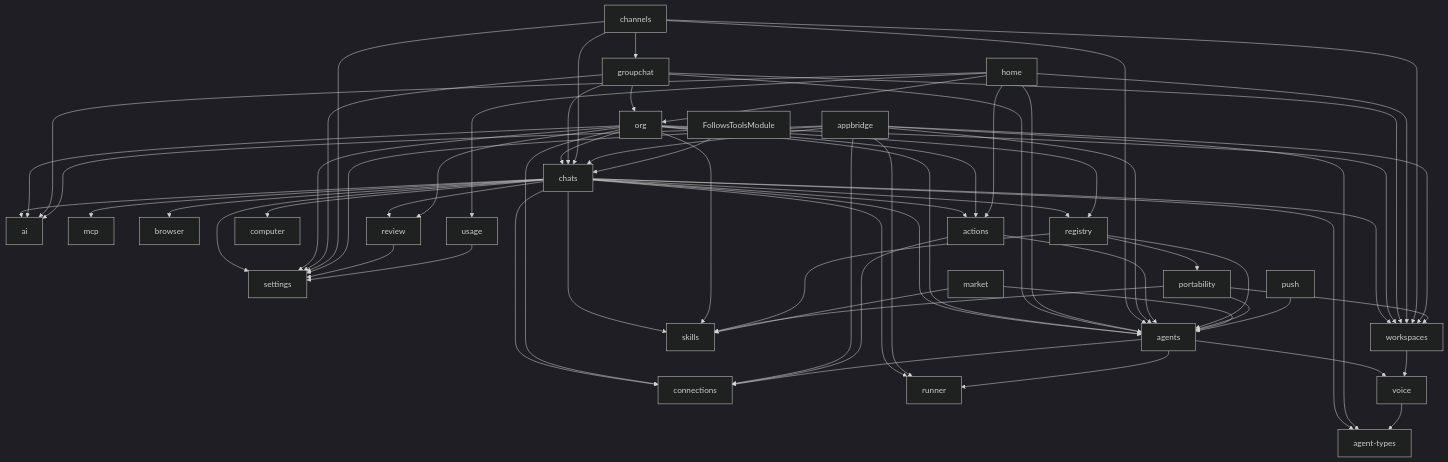
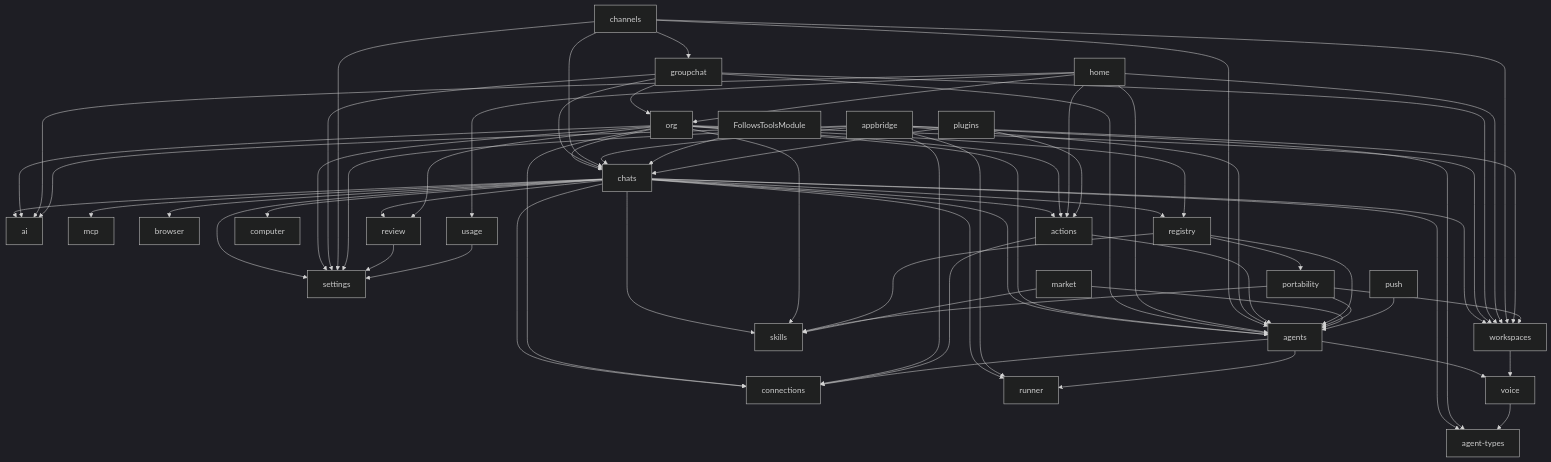
One commit to xuancanh/YAAP changed the second of 4 diagrams in docs/architecture.md. Above: the diagram before and after it, drawn with Mermaid (dark theme). The commit also changed other lines of this file and 1 other file, not shown here.

First line of the commit message:
docs(plugins): Phase 1 shipped — what was built, refined, deferred, and the §12 defaults taken; architecture module map

````diff
--- a/docs/architecture.md
+++ b/docs/architecture.md
@@ -138,20 +139,21 @@
 ```mermaid
 flowchart TD
   chats --> ai & agentTypes[agent-types] & agents & workspaces & skills & mcp & connections & runner & browser & review & computer & registry & actions & settings
   org --> chats & agents & workspaces & skills & settings & review & ai & registry & connections & actions
   groupchat --> agents & chats & workspaces & settings & org
   home --> agents & workspaces & actions & usage & ai & org
   channels --> chats & agents & workspaces & settings & groupchat
   appbridge --> agents & chats & workspaces & ai & agentTypes & settings & connections & runner
   actions --> agents & connections
   agents --> connections & runner & voice
   registry --> agents & skills & portability
   portability --> agents & skills & workspaces
   market --> agents & skills
   push --> agents
   workspaces --> voice
   review --> settings
   usage --> settings
   voice --> agentTypes
   followsTools[FollowsToolsModule] --> chats
+  plugins --> chats & actions
 ```
````
